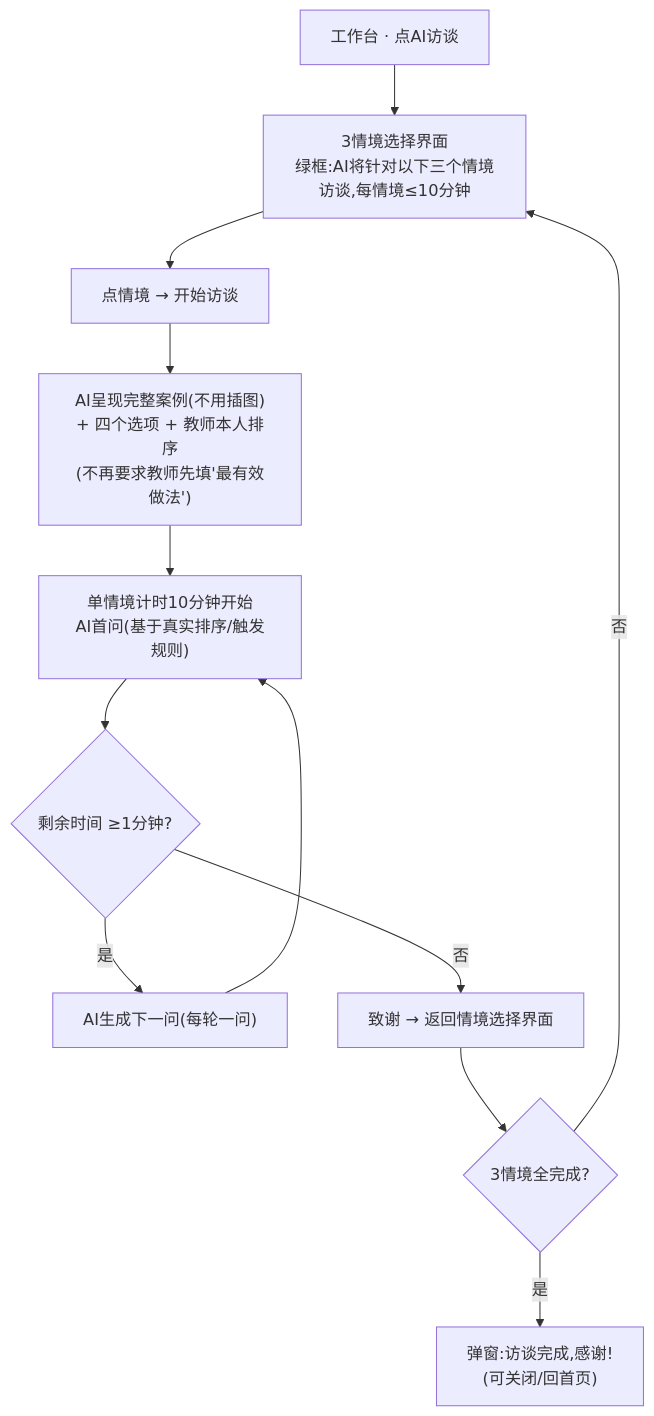
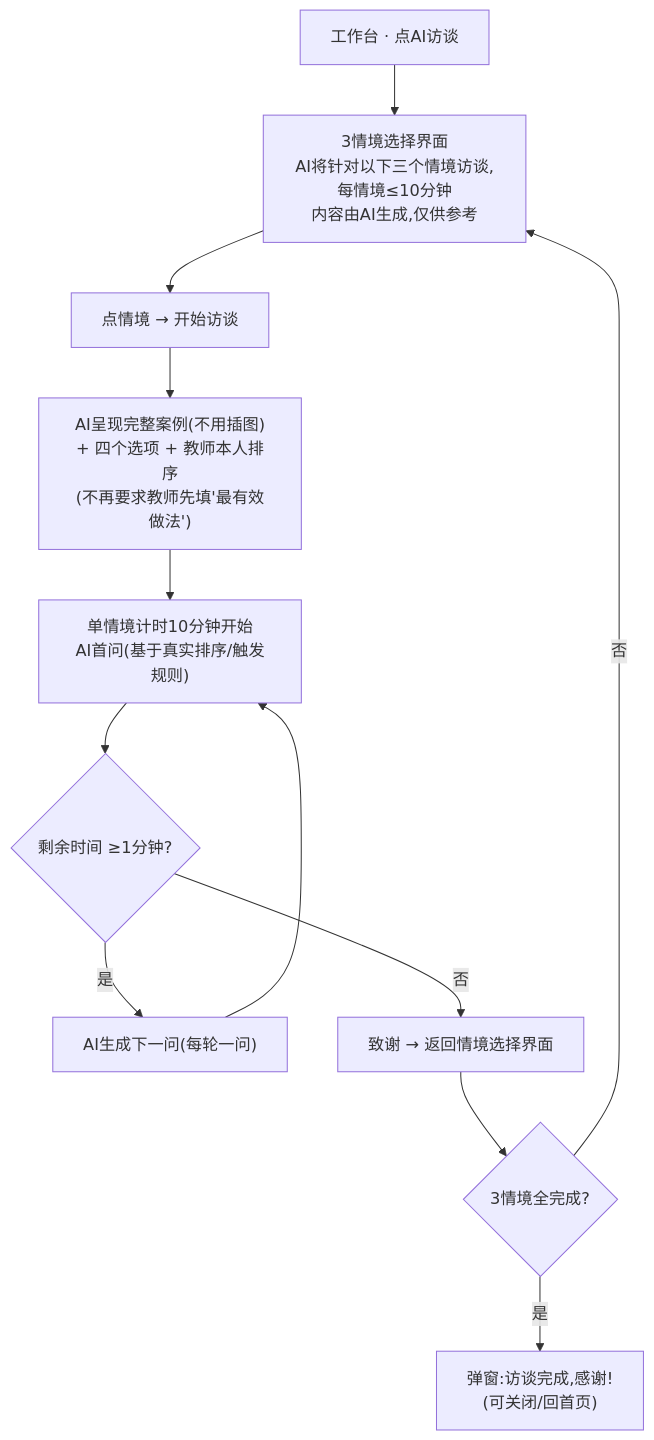
One commit to norazhu1013-blip/tcim-interview-website changed the third of 3 diagrams in 设计文档.md. Above: the diagram before and after it, drawn with Mermaid. The commit also changed other lines of this file and 4 other files, not shown here.

````diff
--- a/设计文档.md
+++ b/设计文档.md
@@ -219,14 +219,14 @@
 ```mermaid
 flowchart TD
-  A["工作台 · 点AI访谈"] --> B["3情境选择界面<br/>绿框:AI将针对以下三个情境访谈,每情境≤10分钟"]
+  A["工作台 · 点AI访谈"] --> B["3情境选择界面<br/>AI将针对以下三个情境访谈,每情境≤10分钟<br/>内容由AI生成,仅供参考"]
   B --> C["点情境 → 开始访谈"]
   C --> D["AI呈现完整案例(不用插图)<br/>+ 四个选项 + 教师本人排序<br/>(不再要求教师先填'最有效做法')"]
   D --> E["单情境计时10分钟开始<br/>AI首问(基于真实排序/触发规则)"]
   E --> F{"剩余时间 ≥1分钟?"}
   F -->|"是"| G["AI生成下一问(每轮一问)"]
   G --> E
   F -->|"否"| H["致谢 → 返回情境选择界面"]
   H --> I{"3情境全完成?"}
   I -->|"否"| B
   I -->|"是"| J["弹窗:访谈完成,感谢!<br/>(可关闭/回首页)"]
 ```
````
